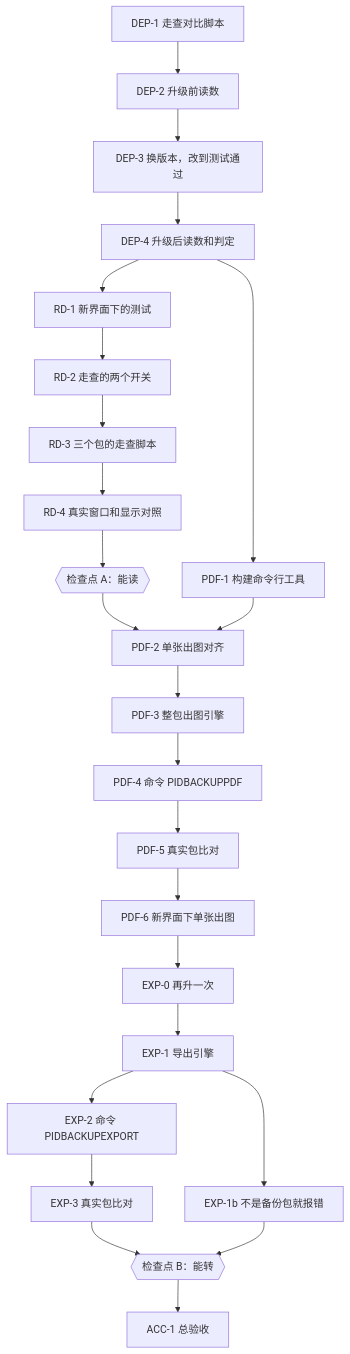
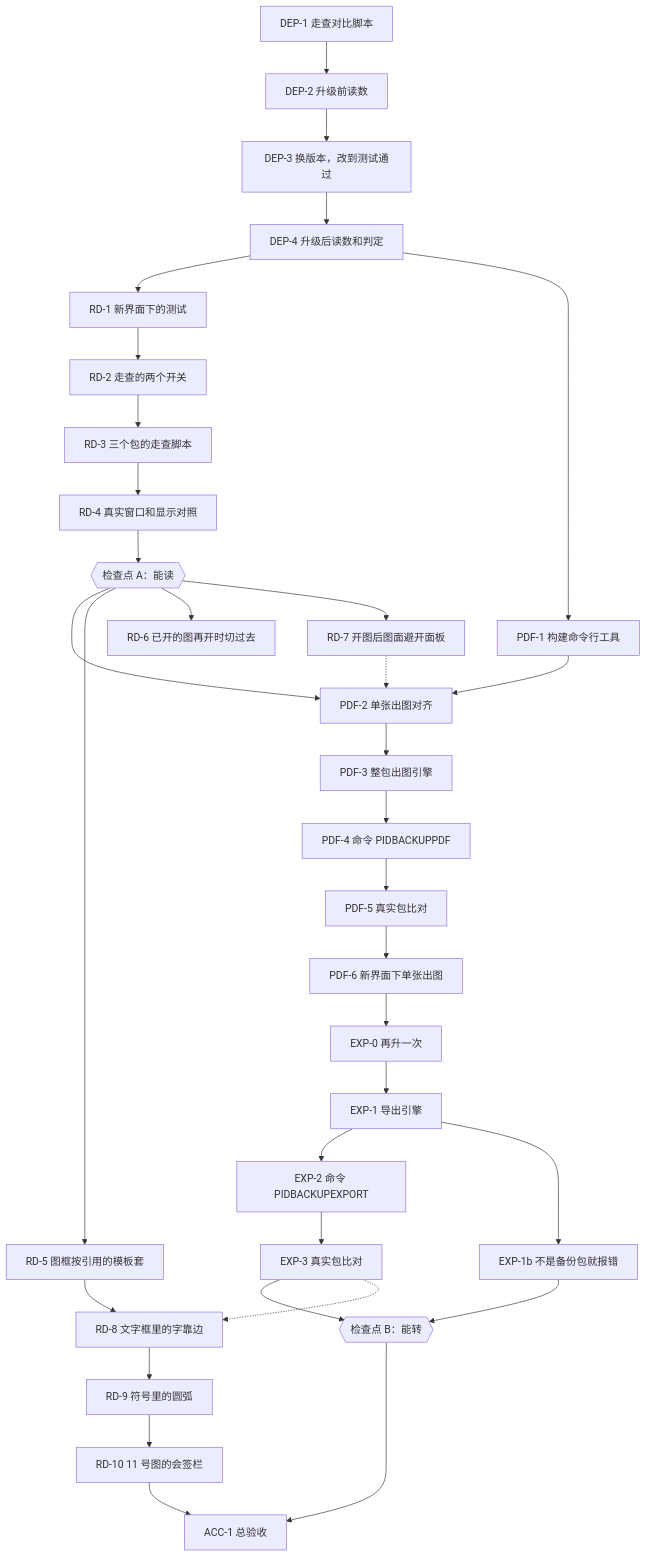
Before and after one commit to happyrust/OpenCADStudio: the diagram in docs/plans/2026-11-17-sppid-backup-publish/plan.md, drawn with Mermaid. The commit also changed other lines of this file and 3 other files, not shown here.

First line of the commit message:
RD-4 真实窗口看一次，11 张图的显示对照，检查点 A

````diff
--- a/docs/plans/2026-11-17-sppid-backup-publish/plan.md
+++ b/docs/plans/2026-11-17-sppid-backup-publish/plan.md
@@ -95,26 +95,35 @@
 ```mermaid
 flowchart TD
     DEP1["DEP-1 走查对比脚本"] --> DEP2["DEP-2 升级前读数"]
     DEP2 --> DEP3["DEP-3 换版本，改到测试通过"]
     DEP3 --> DEP4["DEP-4 升级后读数和判定"]
     DEP4 --> RD1["RD-1 新界面下的测试"]
     RD1 --> RD2["RD-2 走查的两个开关"]
     RD2 --> RD3["RD-3 三个包的走查脚本"]
     RD3 --> RD4["RD-4 真实窗口和显示对照"]
     RD4 --> A{{"检查点 A：能读"}}
     DEP4 --> PDF1["PDF-1 构建命令行工具"]
     A --> PDF2["PDF-2 单张出图对齐"]
     PDF1 --> PDF2
     PDF2 --> PDF3["PDF-3 整包出图引擎"]
     PDF3 --> PDF4["PDF-4 命令 PIDBACKUPPDF"]
     PDF4 --> PDF5["PDF-5 真实包比对"]
     PDF5 --> PDF6["PDF-6 新界面下单张出图"]
     PDF6 --> EXP0["EXP-0 再升一次"]
     EXP0 --> EXP1["EXP-1 导出引擎"]
     EXP1 --> EXP2["EXP-2 命令 PIDBACKUPEXPORT"]
     EXP2 --> EXP3["EXP-3 真实包比对"]
     EXP3 --> B{{"检查点 B：能转"}}
     EXP1 --> EXP1B["EXP-1b 不是备份包就报错"]
     EXP1B --> B
     B --> ACC1["ACC-1 总验收"]
+    A --> RD5["RD-5 图框按引用的模板套"]
+    A --> RD6["RD-6 已开的图再开时切过去"]
+    A --> RD7["RD-7 开图后图面避开面板"]
+    RD5 --> RD8["RD-8 文字框里的字靠边"]
+    RD8 --> RD9["RD-9 符号里的圆弧"]
+    RD9 --> RD10["RD-10 11 号图的会签栏"]
+    RD10 --> ACC1
+    RD7 -.-> PDF2
+    EXP3 -.-> RD8
 ```
````
